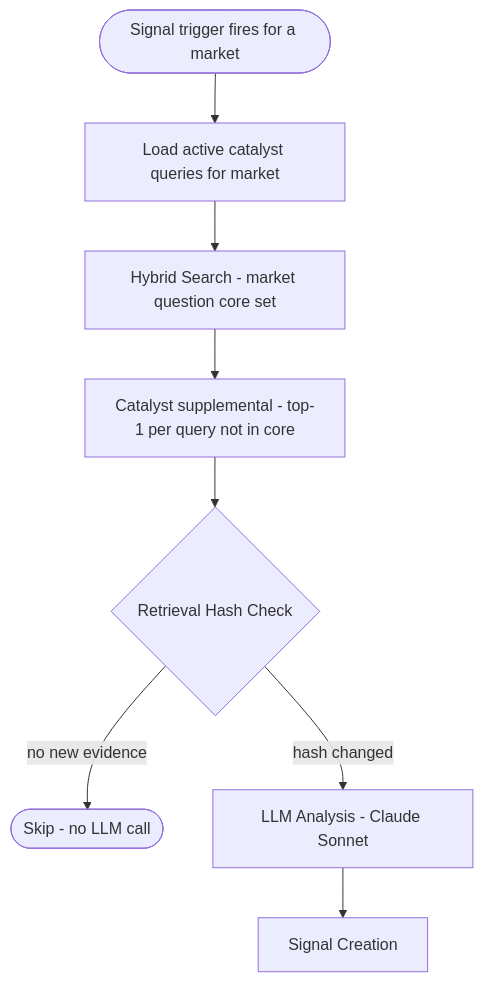
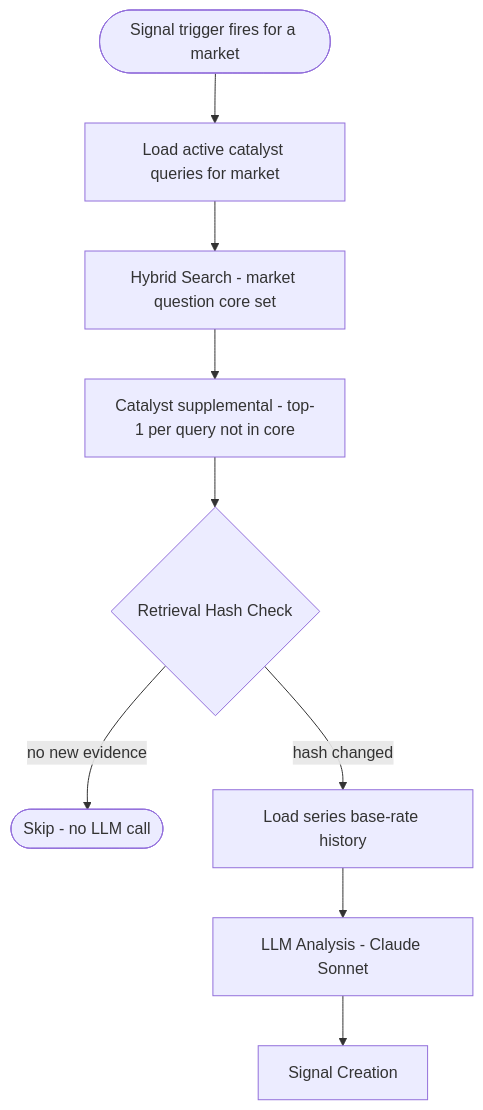
One commit to ostersc/freqpred changed the third of 4 diagrams in SPEC.md. Above: the diagram before and after it, drawn with Mermaid. The commit also changed other lines of this file and 18 other files, not shown here.

First line of the commit message:
feat: T70 series option base-rate history — DB cache + signal prompt enrichment

````diff
--- a/SPEC.md
+++ b/SPEC.md
@@ -844,11 +871,12 @@
 ```mermaid
 flowchart TD
     T([Signal trigger fires for a market])
     T --> CQ[Load active catalyst queries for market]
     CQ --> HS[Hybrid Search - market question core set]
     HS --> CS[Catalyst supplemental - top-1 per query not in core]
     CS --> RH{Retrieval Hash Check}
     RH -->|no new evidence| SKIP([Skip - no LLM call])
-    RH -->|hash changed| LLM[LLM Analysis - Claude Sonnet]
+    RH -->|hash changed| BR[Load series base-rate history]
+    BR --> LLM[LLM Analysis - Claude Sonnet]
     LLM --> SC[Signal Creation]
 ```
````
